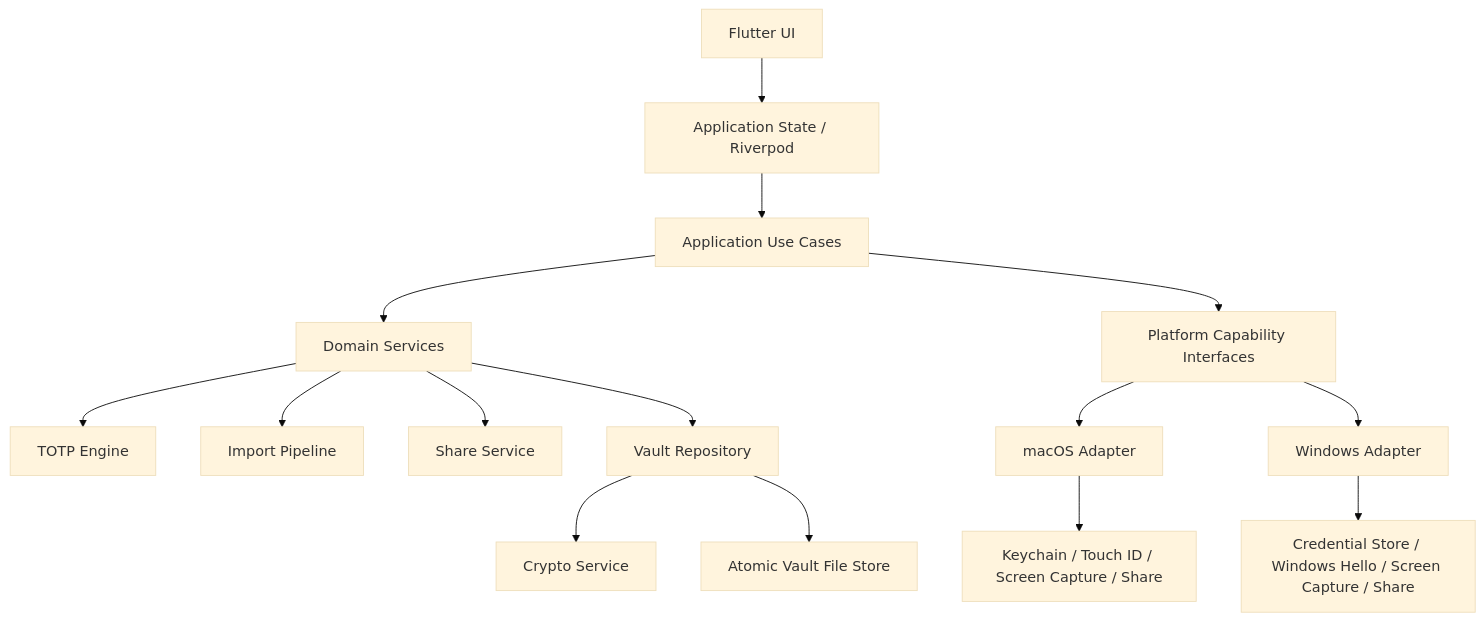
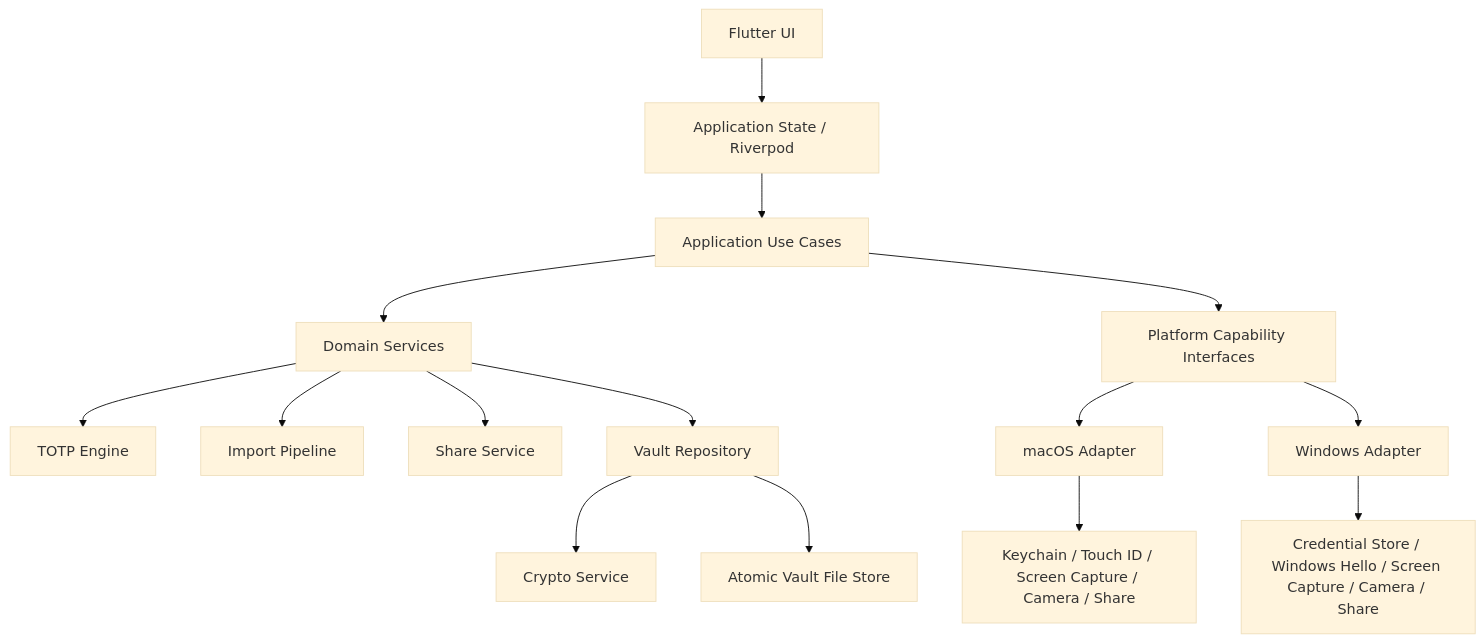
One commit to geng452654716/google-code changed the first of 4 diagrams in docs/TECHNICAL_DESIGN.md. Above: the diagram before and after it, drawn with Mermaid (base theme). The commit also changed other lines of this file and 3 other files, not shown here.

````diff
--- a/docs/TECHNICAL_DESIGN.md
+++ b/docs/TECHNICAL_DESIGN.md
@@ -92,17 +92,17 @@
 ```mermaid
 flowchart TB
     UI["Flutter UI"] --> State["Application State / Riverpod"]
     State --> UseCases["Application Use Cases"]
     UseCases --> Domain["Domain Services"]
     Domain --> Totp["TOTP Engine"]
     Domain --> Import["Import Pipeline"]
     Domain --> Share["Share Service"]
     Domain --> VaultRepo["Vault Repository"]
     VaultRepo --> Crypto["Crypto Service"]
     VaultRepo --> FileStore["Atomic Vault File Store"]
     UseCases --> Platform["Platform Capability Interfaces"]
     Platform --> Mac["macOS Adapter"]
     Platform --> Win["Windows Adapter"]
-    Mac --> OS1["Keychain / Touch ID / Screen Capture / Share"]
-    Win --> OS2["Credential Store / Windows Hello / Screen Capture / Share"]
+    Mac --> OS1["Keychain / Touch ID / Screen Capture / Camera / Share"]
+    Win --> OS2["Credential Store / Windows Hello / Screen Capture / Camera / Share"]
 ```
````
